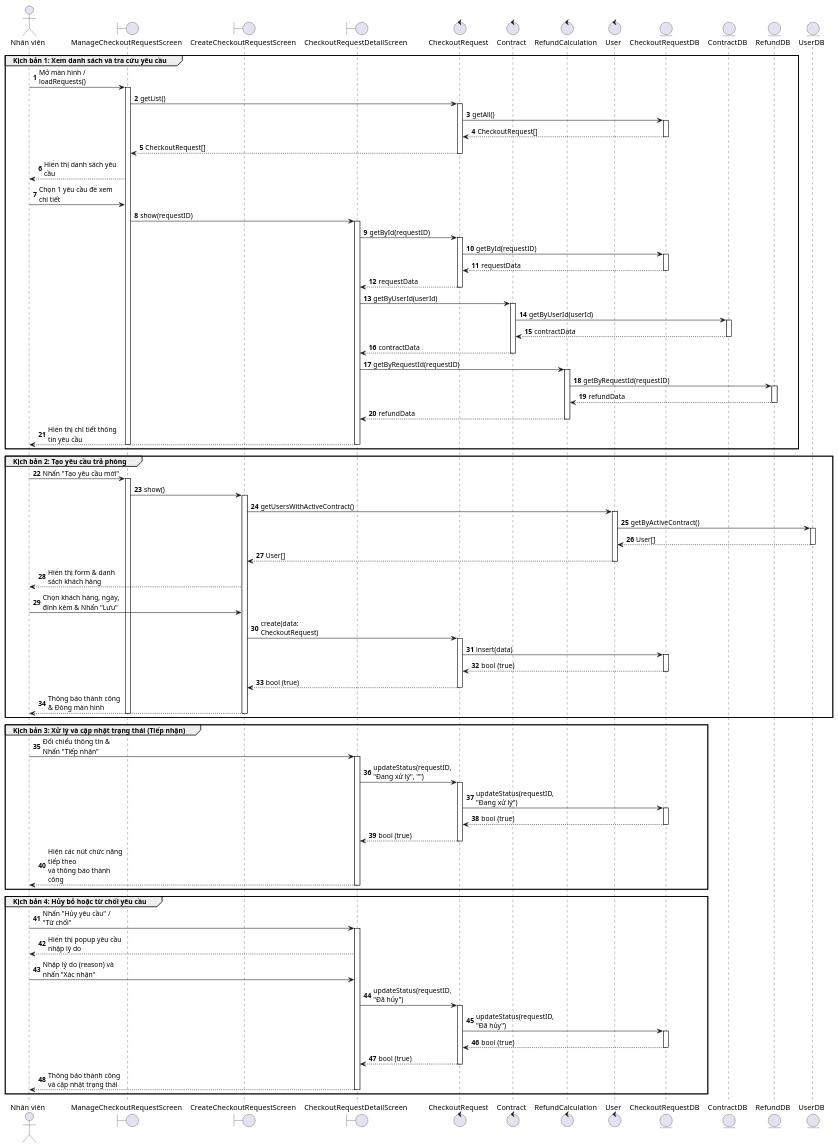
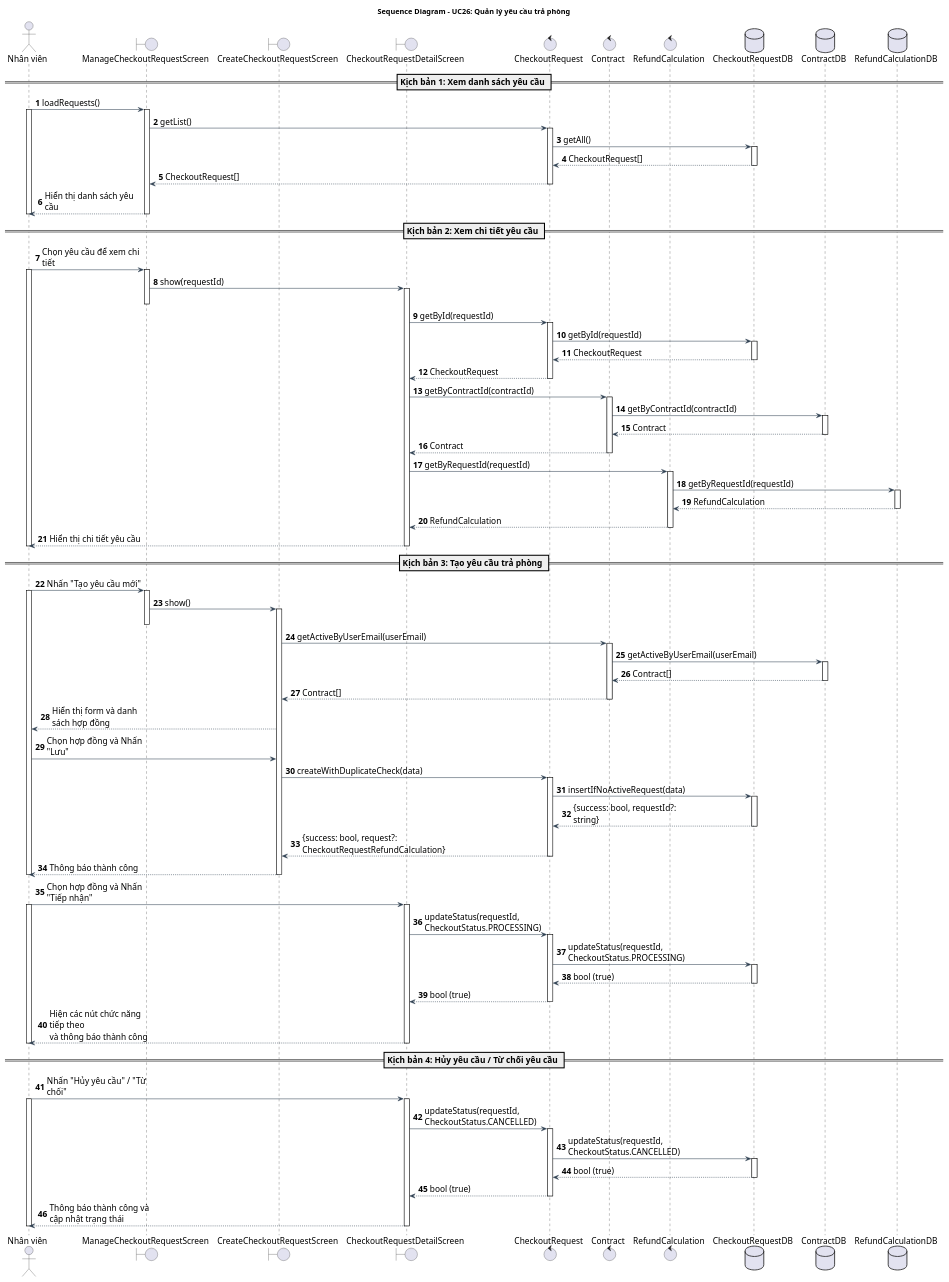
One commit to Gnourt812005/HCMUS-Analyze-and-desgin-IS changed the diagram in doc/system/quan_ly_yeu_cau_tra_phong/QuanLyYeuCauTraPhong_SequenceDiagram.wsd. Above: the diagram before and after it, drawn with PlantUML. The commit also changed 9 other files, not shown here.

Commit message:
quangdo/diagrams: reviewed diagrams

```diff
--- a/doc/system/quan_ly_yeu_cau_tra_phong/QuanLyYeuCauTraPhong_SequenceDiagram.wsd
+++ b/doc/system/quan_ly_yeu_cau_tra_phong/QuanLyYeuCauTraPhong_SequenceDiagram.wsd
@@ -1,145 +1,149 @@
-@startuml
+@startuml QuanLyYeuCauTraPhong_SequenceDiagram
+title Sequence Diagram - UC26: Quản lý yêu cầu trả phòng
+
+skinparam {
+    BackgroundColor White
+    ArrowColor #2D3E50
+    DefaultFontName "Arial"
+    DefaultFontSize 16
+    ParticipantPadding 15
+    MaxMessageSize 200
+}
+
 autonumber
-skinparam maxMessageSize 150
 
 actor "Nhân viên" as nv
-
 boundary "ManageCheckoutRequestScreen" as guiManage
 boundary "CreateCheckoutRequestScreen" as guiCreate
 boundary "CheckoutRequestDetailScreen" as guiDetail
-
 control "CheckoutRequest" as reqCtrl
 control "Contract" as conCtrl
 control "RefundCalculation" as refCtrl
-control "User" as userCtrl
+database "CheckoutRequestDB" as reqDB
+database "ContractDB" as conDB
+database "RefundCalculationDB" as refDB
 
-entity "CheckoutRequestDB" as reqDB
-entity "ContractDB" as conDB
-entity "RefundDB" as refDB
-entity "UserDB" as userDB
+== Kịch bản 1: Xem danh sách yêu cầu ==
+nv -> guiManage: loadRequests()
+activate nv
+activate guiManage
 
-group Kịch bản 1: Xem danh sách và tra cứu yêu cầu
-    nv -> guiManage: Mở màn hình / loadRequests()
-    activate guiManage
-    
-    guiManage -> reqCtrl: getList()
-    activate reqCtrl
-    reqCtrl -> reqDB: getAll()
-    activate reqDB
-    reqDB --> reqCtrl: CheckoutRequest[]
-    deactivate reqDB
-    reqCtrl --> guiManage: CheckoutRequest[]
-    deactivate reqCtrl
-    
-    guiManage --> nv: Hiển thị danh sách yêu cầu
-    
-    nv -> guiManage: Chọn 1 yêu cầu để xem chi tiết
-    guiManage -> guiDetail: show(requestID)
-    activate guiDetail
-    
-    ' 1. Lấy thông tin Request
-    guiDetail -> reqCtrl: getById(requestID)
-    activate reqCtrl
-    reqCtrl -> reqDB: getById(requestID)
-    activate reqDB
-    reqDB --> reqCtrl: requestData
-    deactivate reqDB
-    reqCtrl --> guiDetail: requestData
-    deactivate reqCtrl
+guiManage -> reqCtrl: getList()
+activate reqCtrl
+reqCtrl -> reqDB: getAll()
+activate reqDB
+reqDB --> reqCtrl: CheckoutRequest[]
+deactivate reqDB
+reqCtrl --> guiManage: CheckoutRequest[]
+deactivate reqCtrl
+guiManage --> nv: Hiển thị danh sách yêu cầu
+deactivate guiManage
+deactivate nv
 
-    ' 2. Lấy thông tin Hợp đồng
-    guiDetail -> conCtrl: getByUserId(userId)
-    activate conCtrl
-    conCtrl -> conDB: getByUserId(userId)
-    activate conDB
-    conDB --> conCtrl: contractData
-    deactivate conDB
-    conCtrl --> guiDetail: contractData
-    deactivate conCtrl
+== Kịch bản 2: Xem chi tiết yêu cầu ==
+nv -> guiManage: Chọn yêu cầu để xem chi tiết
+activate nv
+activate guiManage
+guiManage -> guiDetail: show(requestId)
+activate guiDetail
+deactivate guiManage
+guiDetail -> reqCtrl: getById(requestId)
+activate reqCtrl
+reqCtrl -> reqDB: getById(requestId)
+activate reqDB
+reqDB --> reqCtrl: CheckoutRequest
+deactivate reqDB
+reqCtrl --> guiDetail: CheckoutRequest
+deactivate reqCtrl
 
-    ' 3. Lấy thông tin Hoàn cọc (Đã bổ sung)
-    guiDetail -> refCtrl: getByRequestId(requestID)
-    activate refCtrl
-    refCtrl -> refDB: getByRequestId(requestID)
-    activate refDB
-    refDB --> refCtrl: refundData
-    deactivate refDB
-    refCtrl --> guiDetail: refundData
-    deactivate refCtrl
+guiDetail -> conCtrl: getByContractId(contractId)
+activate conCtrl
+conCtrl -> conDB: getByContractId(contractId)
+activate conDB
+conDB --> conCtrl: Contract
+deactivate conDB
+conCtrl --> guiDetail: Contract
+deactivate conCtrl
 
-    guiDetail --> nv: Hiển thị chi tiết thông tin yêu cầu
-    
-    deactivate guiDetail
-    deactivate guiManage
-end
+guiDetail -> refCtrl: getByRequestId(requestId)
+activate refCtrl
+refCtrl -> refDB: getByRequestId(requestId)
+activate refDB
+refDB --> refCtrl: RefundCalculation 
+deactivate refDB
+refCtrl --> guiDetail: RefundCalculation
+deactivate refCtrl
 
-group Kịch bản 2: Tạo yêu cầu trả phòng
-    nv -> guiManage: Nhấn "Tạo yêu cầu mới"
-    activate guiManage
-    guiManage -> guiCreate: show()
-    activate guiCreate
-    
-    guiCreate -> userCtrl: getUsersWithActiveContract()
-    activate userCtrl
-    userCtrl -> userDB: getByActiveContract()
-    activate userDB
-    userDB --> userCtrl: User[]
-    deactivate userDB
-    userCtrl --> guiCreate: User[]
-    deactivate userCtrl
-    
-    guiCreate --> nv: Hiển thị form & danh sách khách hàng
-    
-    nv -> guiCreate: Chọn khách hàng, ngày, đính kèm & Nhấn "Lưu"
-    guiCreate -> reqCtrl: create(data: CheckoutRequest)
-    activate reqCtrl
-    reqCtrl -> reqDB: insert(data)
-    activate reqDB
-    reqDB --> reqCtrl: bool (true)
-    deactivate reqDB
-    reqCtrl --> guiCreate: bool (true)
-    deactivate reqCtrl
-    
-    guiCreate --> nv: Thông báo thành công & Đóng màn hình
-    deactivate guiCreate
-    deactivate guiManage
-end
+guiDetail --> nv: Hiển thị chi tiết yêu cầu
+deactivate guiDetail
+deactivate nv
 
-group Kịch bản 3: Xử lý và cập nhật trạng thái (Tiếp nhận)
-    nv -> guiDetail: Đối chiếu thông tin & Nhấn "Tiếp nhận"
-    activate guiDetail
-    
-    guiDetail -> reqCtrl: updateStatus(requestID, "Đang xử lý", "")
-    activate reqCtrl
-    reqCtrl -> reqDB: updateStatus(requestID, "Đang xử lý")
-    activate reqDB
-    reqDB --> reqCtrl: bool (true)
-    deactivate reqDB
-    reqCtrl --> guiDetail: bool (true)
-    deactivate reqCtrl
-    
-    guiDetail --> nv: Hiện các nút chức năng tiếp theo\nvà thông báo thành công
-    deactivate guiDetail
-end
+== Kịch bản 3: Tạo yêu cầu trả phòng ==
+nv -> guiManage: Nhấn "Tạo yêu cầu mới"
+activate nv
+activate guiManage
+guiManage -> guiCreate: show()
+activate guiCreate
+deactivate guiManage
 
-group Kịch bản 4: Hủy bỏ hoặc từ chối yêu cầu
-    nv -> guiDetail: Nhấn "Hủy yêu cầu" / "Từ chối"
-    activate guiDetail
-    guiDetail --> nv: Hiển thị popup yêu cầu nhập lý do
-    
-    nv -> guiDetail: Nhập lý do (reason) và nhấn "Xác nhận"
-    
-    guiDetail -> reqCtrl: updateStatus(requestID, "Đã hủy")
-    activate reqCtrl
-    reqCtrl -> reqDB: updateStatus(requestID, "Đã hủy")
-    activate reqDB
-    reqDB --> reqCtrl: bool (true)
-    deactivate reqDB
-    reqCtrl --> guiDetail: bool (true)
-    deactivate reqCtrl
-    
-    guiDetail --> nv: Thông báo thành công và cập nhật trạng thái
-    deactivate guiDetail
-end
+guiCreate -> conCtrl: getActiveByUserEmail(userEmail)
+activate conCtrl
+conCtrl -> conDB: getActiveByUserEmail(userEmail)
+activate conDB
+conDB --> conCtrl: Contract[]
+deactivate conDB
+conCtrl --> guiCreate: Contract[]
+deactivate conCtrl
+
+guiCreate --> nv: Hiển thị form và danh sách hợp đồng
+
+nv -> guiCreate: Chọn hợp đồng và Nhấn "Lưu"
+guiCreate -> reqCtrl: createWithDuplicateCheck(data)
+activate reqCtrl
+reqCtrl -> reqDB: insertIfNoActiveRequest(data)
+activate reqDB
+reqDB --> reqCtrl: {success: bool, requestId?: string}
+deactivate reqDB
+reqCtrl --> guiCreate: {success: bool, request?: CheckoutRequestRefundCalculation}
+deactivate reqCtrl
+
+guiCreate --> nv: Thông báo thành công
+deactivate guiCreate
+deactivate guiCreate
+deactivate nv
+
+nv -> guiDetail: Chọn hợp đồng và Nhấn "Tiếp nhận"
+activate guiDetail
+activate nv
+
+guiDetail -> reqCtrl: updateStatus(requestId, CheckoutStatus.PROCESSING)
+activate reqCtrl
+reqCtrl -> reqDB: updateStatus(requestId, CheckoutStatus.PROCESSING)
+activate reqDB
+reqDB --> reqCtrl: bool (true)
+deactivate reqDB
+reqCtrl --> guiDetail: bool (true)
+deactivate reqCtrl
+
+guiDetail --> nv: Hiện các nút chức năng tiếp theo\nvà thông báo thành công
+deactivate guiDetail
+deactivate nv
+
+== Kịch bản 4: Hủy yêu cầu / Từ chối yêu cầu ==
+nv -> guiDetail: Nhấn "Hủy yêu cầu" / "Từ chối"
+activate guiDetail
+activate nv
+guiDetail -> reqCtrl: updateStatus(requestId, CheckoutStatus.CANCELLED)
+activate reqCtrl
+reqCtrl -> reqDB: updateStatus(requestId, CheckoutStatus.CANCELLED)
+activate reqDB
+reqDB --> reqCtrl: bool (true)
+deactivate reqDB
+reqCtrl --> guiDetail: bool (true)
+deactivate reqCtrl
+
+guiDetail --> nv: Thông báo thành công và cập nhật trạng thái
+deactivate guiDetail
+deactivate nv
 
 @enduml
```
